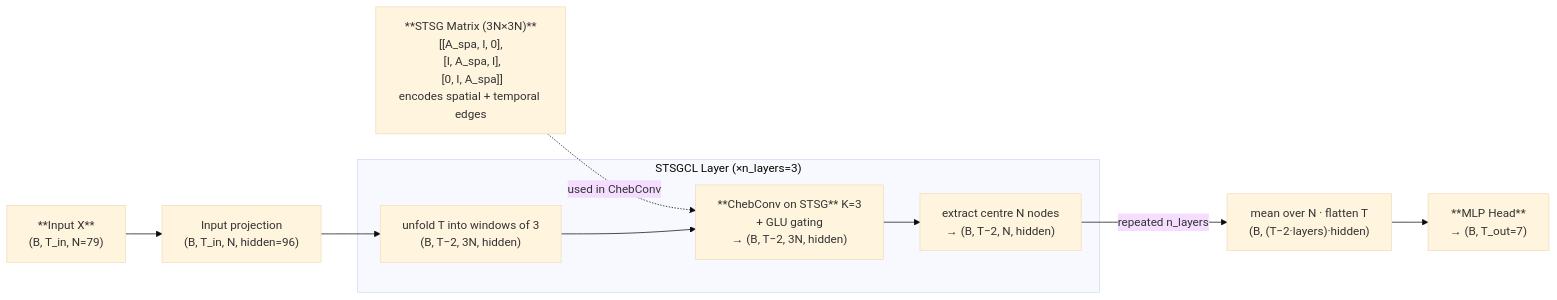
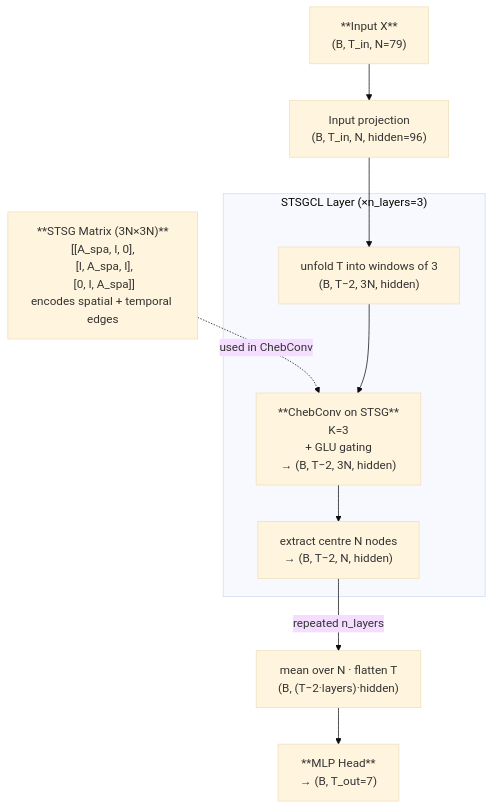
Diagram 11 of 17 in src/models/MODEL.md (NightfuryEquinn/Ridership), drawn with Mermaid (base theme) before and after one commit. The commit also changed other lines of this file and 24 other files, not shown here.

Commit message:
docs: :memo: Update report, slides and architecture diagrams

````diff
--- a/src/models/MODEL.md
+++ b/src/models/MODEL.md
@@ -544,21 +544,21 @@
 ```mermaid
-flowchart LR
+flowchart TD
     X["**Input X**\n(B, T_in, N=79)"]
     PROJ["Input projection\n(B, T_in, N, hidden=96)"]
     STSG["**STSG Matrix (3N×3N)**\n[[A_spa, I, 0],\n [I, A_spa, I],\n [0, I, A_spa]]\nencodes spatial + temporal edges"]
 
     subgraph STSGCL["STSGCL Layer (×n_layers=3)"]
         UNFOLD["unfold T into windows of 3\n(B, T−2, 3N, hidden)"]
-        CHEB["**ChebConv on STSG** K=3\n+ GLU gating\n→ (B, T−2, 3N, hidden)"]
+        CHEB["**ChebConv on STSG**\nK=3\n+ GLU gating\n→ (B, T−2, 3N, hidden)"]
         CENTRE["extract centre N nodes\n→ (B, T−2, N, hidden)"]
     end
 
     POOL["mean over N · flatten T\n(B, (T−2·layers)·hidden)"]
     MLP["**MLP Head**\n→ (B, T_out=7)"]
 
     X --> PROJ --> UNFOLD
     STSG -. used in ChebConv .-> CHEB
     UNFOLD --> CHEB --> CENTRE
     CENTRE --> |"repeated n_layers"| POOL
     POOL --> MLP
 ```
````
